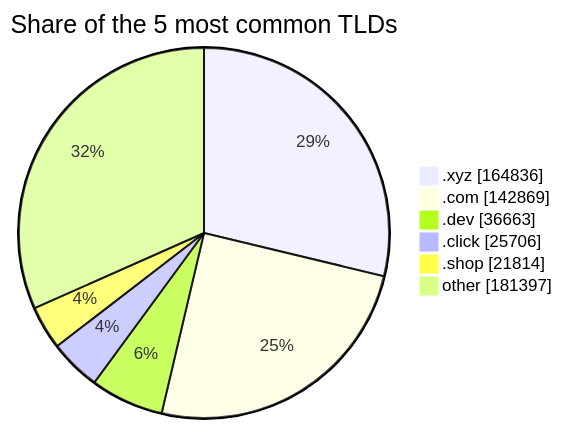
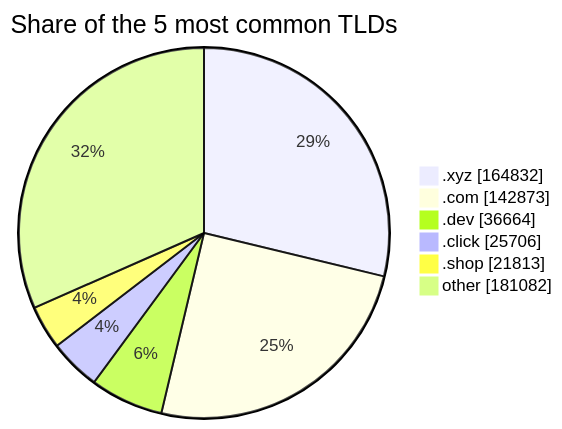
Before and after one commit to DNSBunker/CTI: the third of 3 diagrams in README.md, drawn with Mermaid. The commit also changed other lines of this file and 3 other files, not shown here.

````diff
--- a/README.md
+++ b/README.md
@@ -81,9 +81,9 @@
 ```mermaid
 pie showData title Share of the 5 most common TLDs
-    ".xyz" : 164836
-    ".com" : 142869
-    ".dev" : 36663
+    ".xyz" : 164832
+    ".com" : 142873
+    ".dev" : 36664
     ".click" : 25706
-    ".shop" : 21814
-    "other" : 181397
+    ".shop" : 21813
+    "other" : 181082
 ```
````
